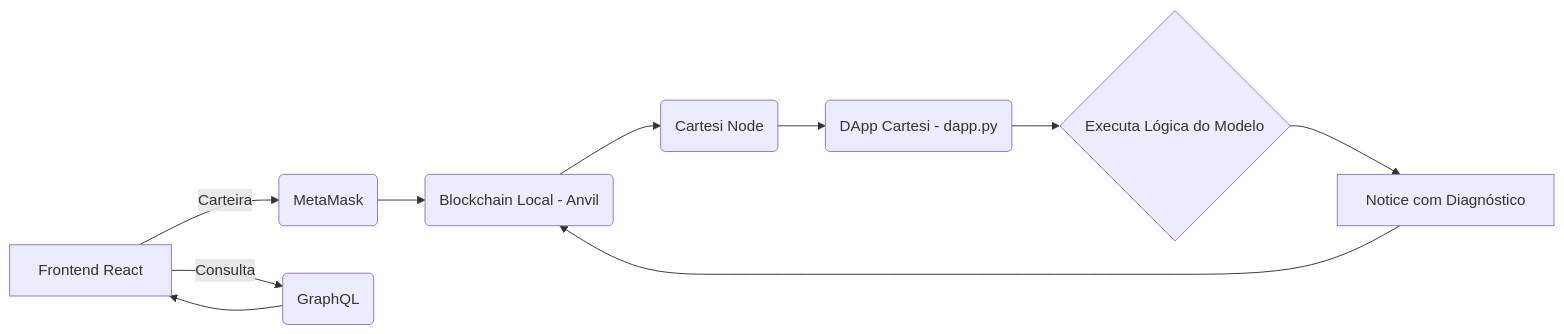
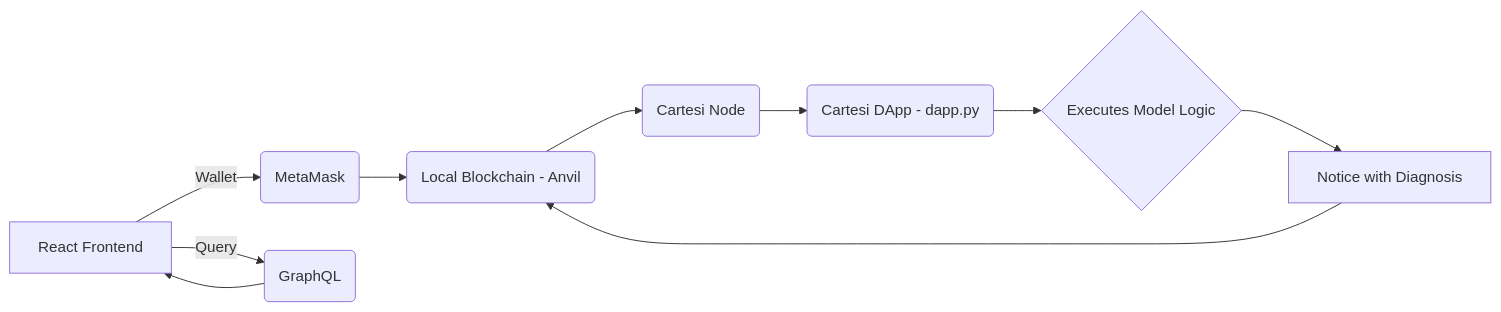
One commit to bisnet0/EpiScope---Disease-Data-Analyzer changed the second of 3 diagrams in README.md. Above: the diagram before and after it, drawn with Mermaid. The commit also changed other lines of this file, not shown here.

````diff
--- a/README.md
+++ b/README.md
@@ -66,12 +66,12 @@
 ```mermaid
 graph LR
-    A[Frontend React] -->|Carteira| B(MetaMask)
-    B --> C(Blockchain Local - Anvil)
+    A[React Frontend] -->|Wallet| B(MetaMask)
+    B --> C(Local Blockchain - Anvil)
     C --> D(Cartesi Node)
-    D --> E(DApp Cartesi - dapp.py)
-    E --> F{Executa Lógica do Modelo}
-    F --> G[Notice com Diagnóstico]
+    D --> E(Cartesi DApp - dapp.py)
+    E --> F{Executes Model Logic}
+    F --> G[Notice with Diagnosis]
     G --> C
-    A -->|Consulta| H(GraphQL)
+    A -->|Query| H(GraphQL)
     H --> A
 ```
````
